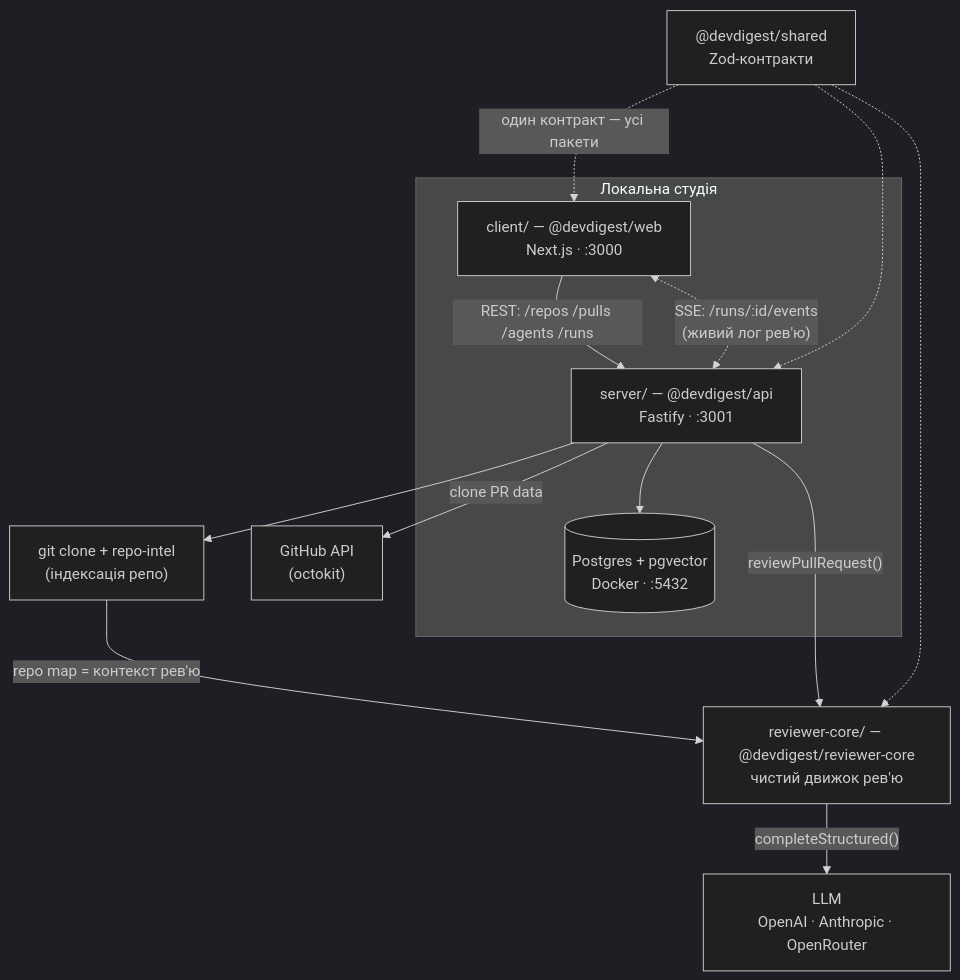
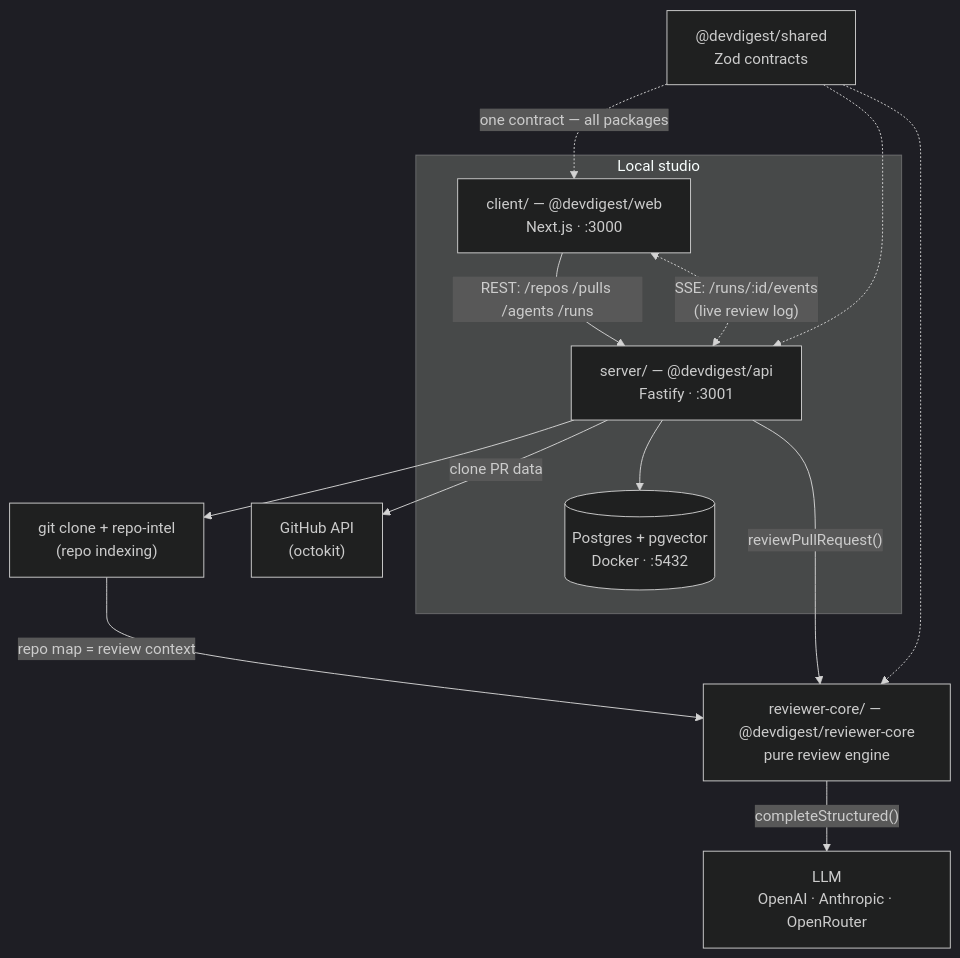
One commit to eugenegodun/dev-digest changed the diagram in ONBOARDING.md. Above: the diagram before and after it, drawn with Mermaid (dark theme). The commit also changed other lines of this file, not shown here.

````diff
--- a/ONBOARDING.md
+++ b/ONBOARDING.md
@@ -44,28 +46,28 @@
 ```mermaid
 flowchart TB
-  subgraph Studio["Локальна студія"]
+  subgraph Studio["Local studio"]
     WEB["client/ — @devdigest/web<br/>Next.js · :3000"]
     API["server/ — @devdigest/api<br/>Fastify · :3001"]
     PG[("Postgres + pgvector<br/>Docker · :5432")]
   end
 
-  ENGINE["reviewer-core/ — @devdigest/reviewer-core<br/>чистий движок рев'ю"]
-  SHARED["@devdigest/shared<br/>Zod-контракти"]
+  ENGINE["reviewer-core/ — @devdigest/reviewer-core<br/>pure review engine"]
+  SHARED["@devdigest/shared<br/>Zod contracts"]
 
   GH["GitHub API<br/>(octokit)"]
   LLM["LLM<br/>OpenAI · Anthropic · OpenRouter"]
-  CLONE["git clone + repo-intel<br/>(індексація репо)"]
+  CLONE["git clone + repo-intel<br/>(repo indexing)"]
 
   WEB -->|"REST: /repos /pulls /agents /runs"| API
-  WEB <-.->|"SSE: /runs/:id/events<br/>(живий лог рев'ю)"| API
+  WEB <-.->|"SSE: /runs/:id/events<br/>(live review log)"| API
   API --> PG
   API -->|"clone PR data"| GH
   API --> CLONE
-  CLONE -->|"repo map = контекст рев'ю"| ENGINE
+  CLONE -->|"repo map = review context"| ENGINE
   API -->|"reviewPullRequest()"| ENGINE
   ENGINE -->|"completeStructured()"| LLM
 
-  SHARED -.->|"один контракт — усі пакети"| WEB
+  SHARED -.->|"one contract — all packages"| WEB
   SHARED -.-> API
   SHARED -.-> ENGINE
 ```
````
